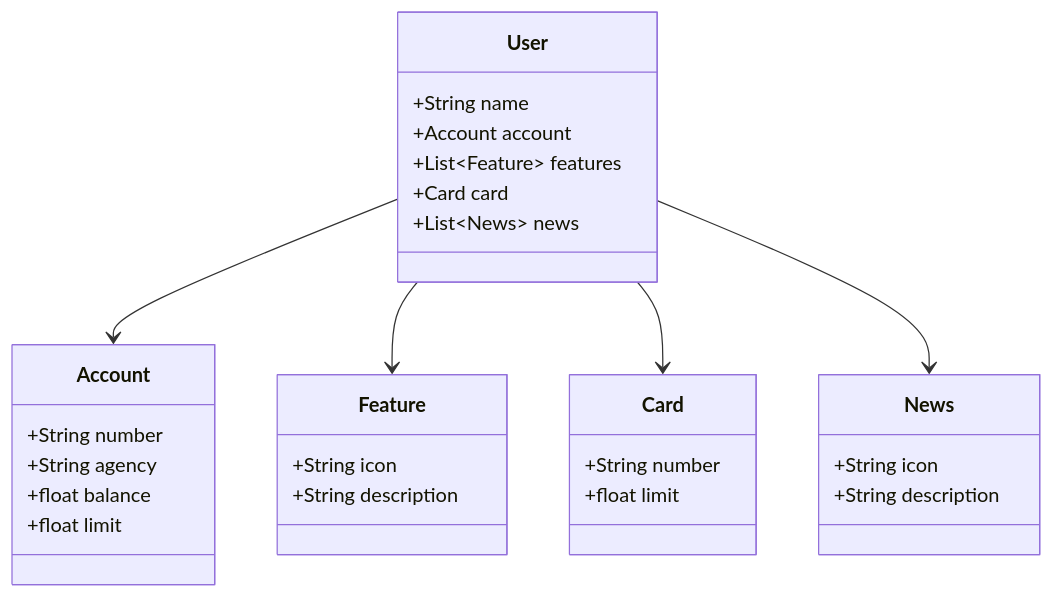
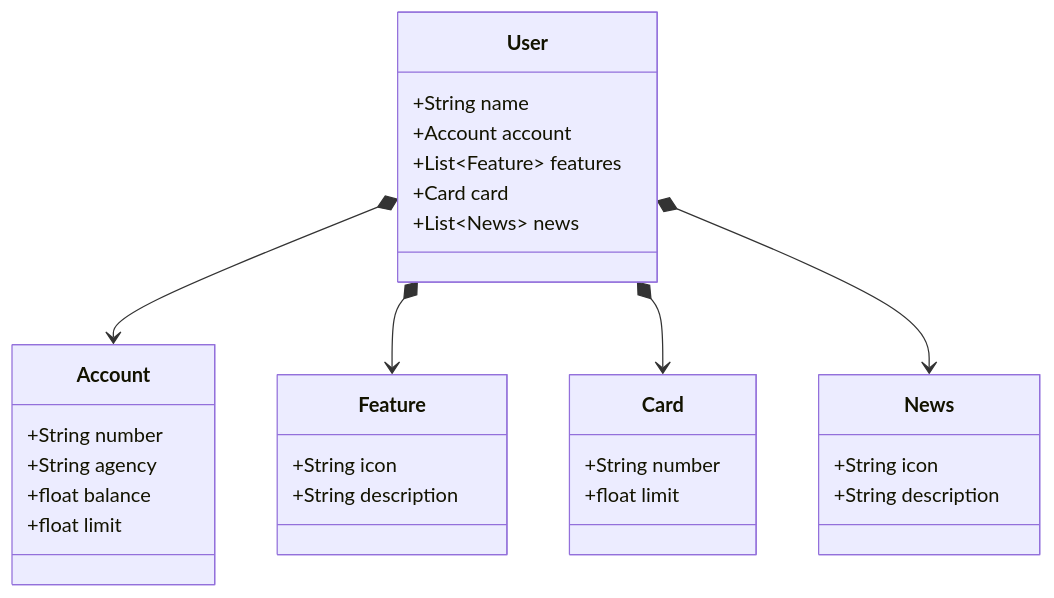
The diagram in README.md (eloizaams/dio-railway), drawn with Mermaid before and after one commit.

````diff
--- a/README.md
+++ b/README.md
@@ -5,38 +5,38 @@
 ```mermaid
 classDiagram
     class User {
         +String name
         +Account account
         +List~Feature~ features
         +Card card
         +List~News~ news
     }
 
     class Account {
         +String number
         +String agency
         +float balance
         +float limit
     }
 
     class Feature {
         +String icon
         +String description
     }
 
     class Card {
         +String number
         +float limit
     }
 
     class News {
         +String icon
         +String description
     }
 
-    User --> Account
-    User --> Feature
-    User --> Card
-    User --> News
+    User *--> Account
+    User *--> Feature
+    User *--> Card
+    User *--> News
 
 ```
````
